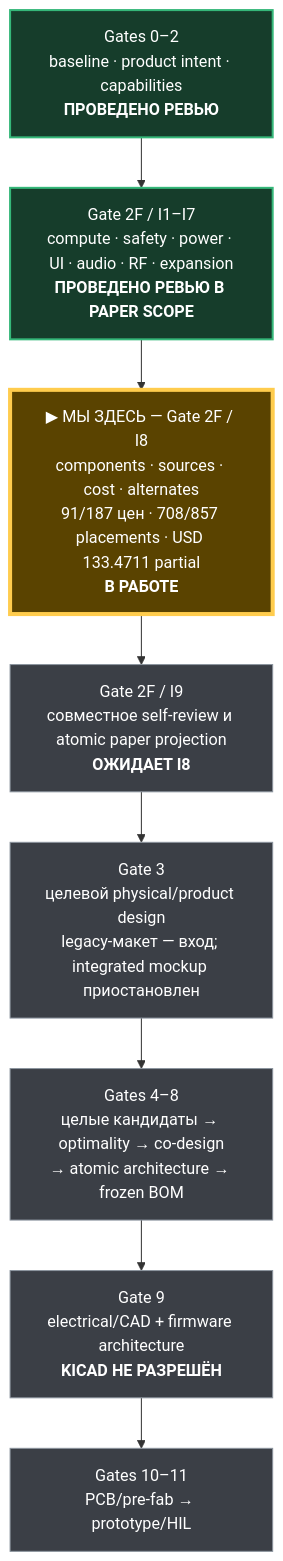
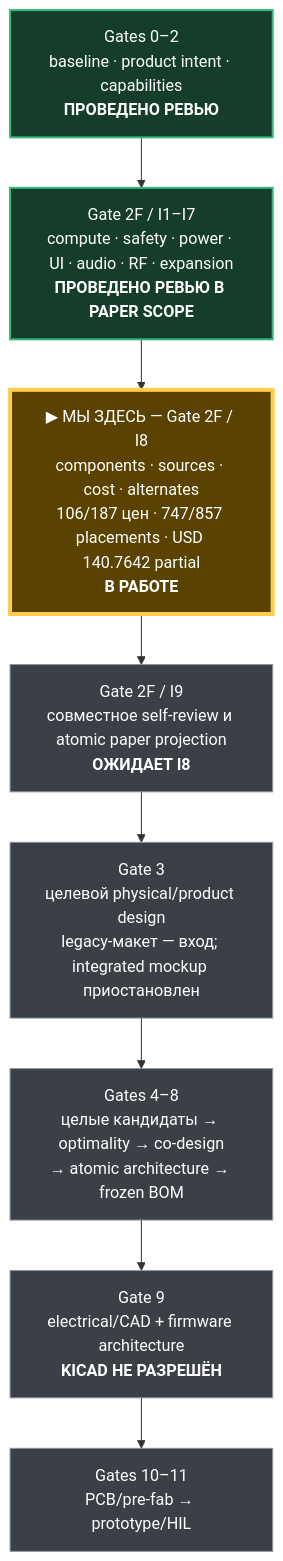
One commit to anton-vinogradov/esp32-leshy2 changed the diagram in docs/review/stages.md. Above: the diagram before and after it, drawn with Mermaid. The commit also changed other lines of this file and 28 other files, not shown here.

````diff
--- a/docs/review/stages.md
+++ b/docs/review/stages.md
@@ -15,20 +15,20 @@
 ```mermaid
 flowchart TD
   G02["Gates 0–2<br/>baseline · product intent · capabilities<br/><b>ПРОВЕДЕНО РЕВЬЮ</b>"]
   I17["Gate 2F / I1–I7<br/>compute · safety · power · UI · audio · RF · expansion<br/><b>ПРОВЕДЕНО РЕВЬЮ В PAPER SCOPE</b>"]
-  I8["▶ МЫ ЗДЕСЬ — Gate 2F / I8<br/>components · sources · cost · alternates<br/>91/187 цен · 708/857 placements · USD 133.4711 partial<br/><b>В РАБОТЕ</b>"]
+  I8["▶ МЫ ЗДЕСЬ — Gate 2F / I8<br/>components · sources · cost · alternates<br/>106/187 цен · 747/857 placements · USD 140.7642 partial<br/><b>В РАБОТЕ</b>"]
   I9["Gate 2F / I9<br/>совместное self-review и atomic paper projection<br/><b>ОЖИДАЕТ I8</b>"]
   G3["Gate 3<br/>целевой physical/product design<br/>legacy-макет — вход; integrated mockup приостановлен"]
   G48["Gates 4–8<br/>целые кандидаты → optimality → co-design<br/>→ atomic architecture → frozen BOM"]
   G9["Gate 9<br/>electrical/CAD + firmware architecture<br/><b>KICAD НЕ РАЗРЕШЁН</b>"]
   G1011["Gates 10–11<br/>PCB/pre-fab → prototype/HIL"]
 
   G02 --> I17 --> I8 --> I9 --> G3 --> G48 --> G9 --> G1011
 
   classDef reviewed fill:#163d2b,stroke:#35b779,color:#ffffff,stroke-width:2px;
   classDef current fill:#5a4300,stroke:#ffcc4d,color:#ffffff,stroke-width:4px;
   classDef blocked fill:#3b3f46,stroke:#8b949e,color:#ffffff,stroke-width:1px;
   class G02,I17 reviewed;
   class I8 current;
   class I9,G3,G48,G9,G1011 blocked;
 ```
````
